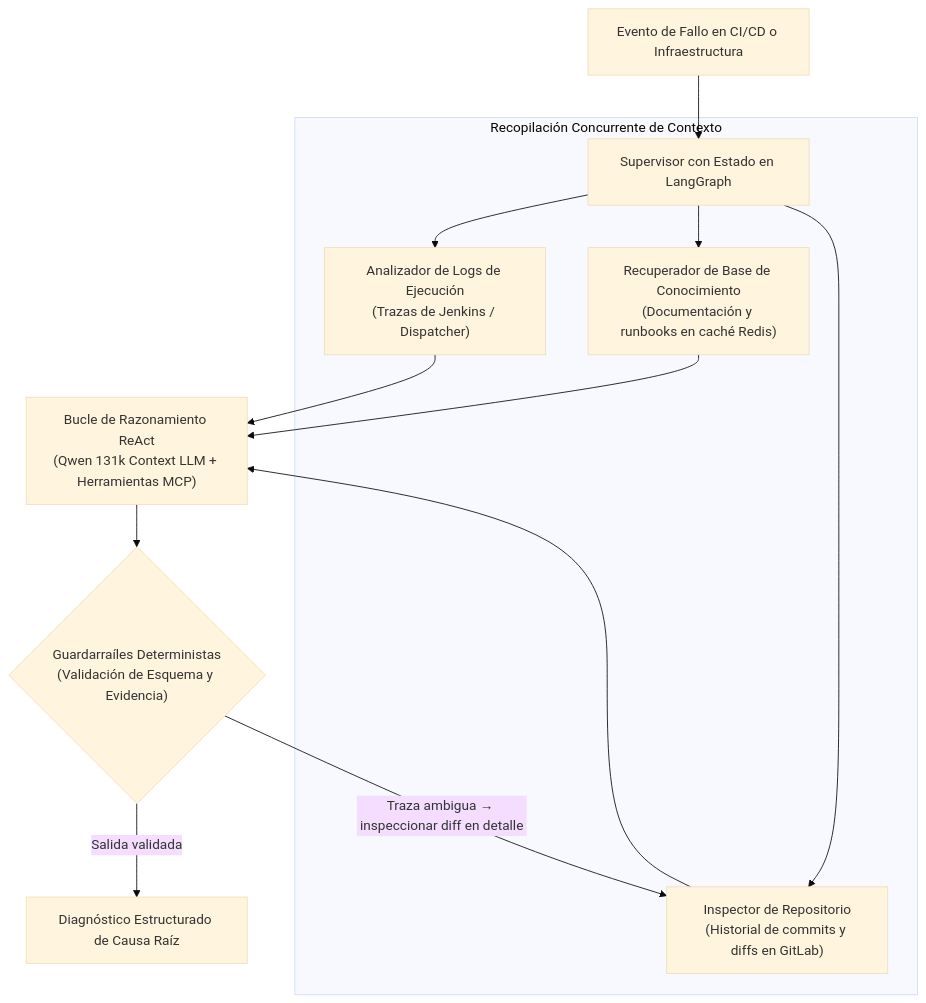
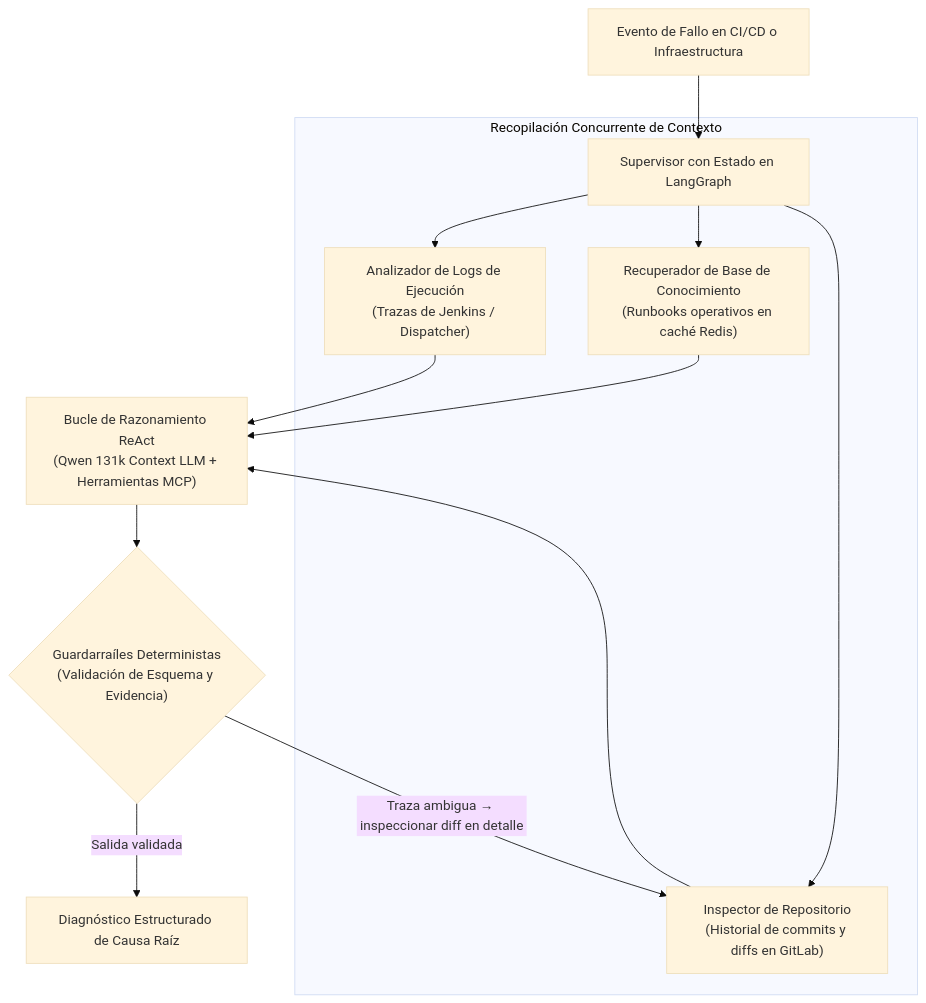
Before and after one commit to oredondo/oredondo.github.io: the diagram in docs_es/projects/orion-ai.md, drawn with Mermaid (base theme). The commit also changed other lines of this file and 9 other files, not shown here.

````diff
--- a/docs_es/projects/orion-ai.md
+++ b/docs_es/projects/orion-ai.md
@@ -36,16 +36,17 @@
 ```mermaid
 flowchart TD
     Trigger["Evento de Fallo en CI/CD o Infraestructura"] --> Orchestrator["Supervisor con Estado en LangGraph"]
 
     subgraph ParallelEvidence["Recopilación Concurrente de Contexto"]
         Orchestrator --> LogNode["Analizador de Logs de Ejecución<br/>(Trazas de Jenkins / Dispatcher)"]
-        Orchestrator --> DocNode["Recuperador de Base de Conocimiento<br/>(Documentación y runbooks en caché Redis)"]
+        Orchestrator --> DocNode["Recuperador de Base de Conocimiento<br/>(Runbooks operativos en caché Redis)"]
         Orchestrator --> GitNode["Inspector de Repositorio<br/>(Historial de commits y diffs en GitLab)"]
     end
 
     LogNode & DocNode & GitNode --> ReAct["Bucle de Razonamiento ReAct<br/>(Qwen 131k Context LLM + Herramientas MCP)"]
 
-    ReAct --> Guardrails{"Guardarraíles Deterministas<br/>(Validación de Esquema y Evidencia)"}
+    Guardrails{"Guardarraíles Deterministas<br/>(Validación de Esquema y Evidencia)"}
+    ReAct --> Guardrails
     Guardrails -- "Traza ambigua → inspeccionar diff en detalle" --> GitNode
     Guardrails -- "Salida validada" --> Report["Diagnóstico Estructurado de Causa Raíz"]
 ```
````
